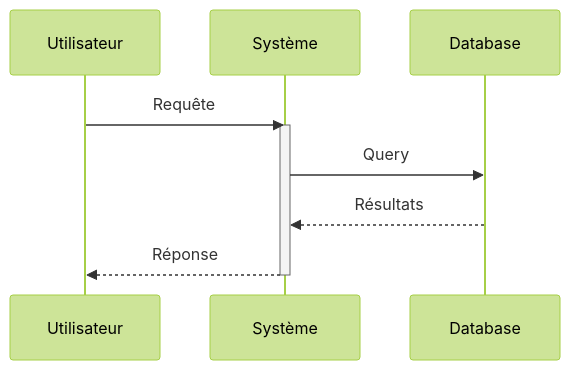
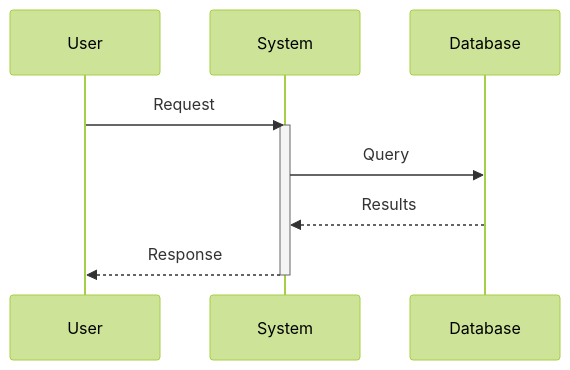
Before and after one commit to julien-riel/research-and-presentation-team: the second of 17 diagrams in .claude/skills/diagram-generator/SKILL.md, drawn with Mermaid (forest theme). The commit also changed other lines of this file and 17 other files, not shown here.

````diff
--- a/.claude/skills/diagram-generator/SKILL.md
+++ b/.claude/skills/diagram-generator/SKILL.md
@@ -229,13 +229,13 @@
 ```mermaid
 sequenceDiagram
-    participant U as Utilisateur
-    participant S as Système
+    participant U as User
+    participant S as System
     participant DB as Database
 
-    U->>S: Requête
+    U->>S: Request
     activate S
     S->>DB: Query
-    DB-->>S: Résultats
-    S-->>U: Réponse
+    DB-->>S: Results
+    S-->>U: Response
     deactivate S
 ```
````
